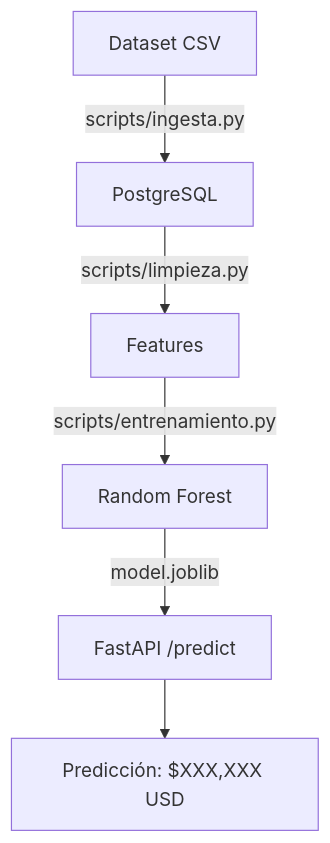
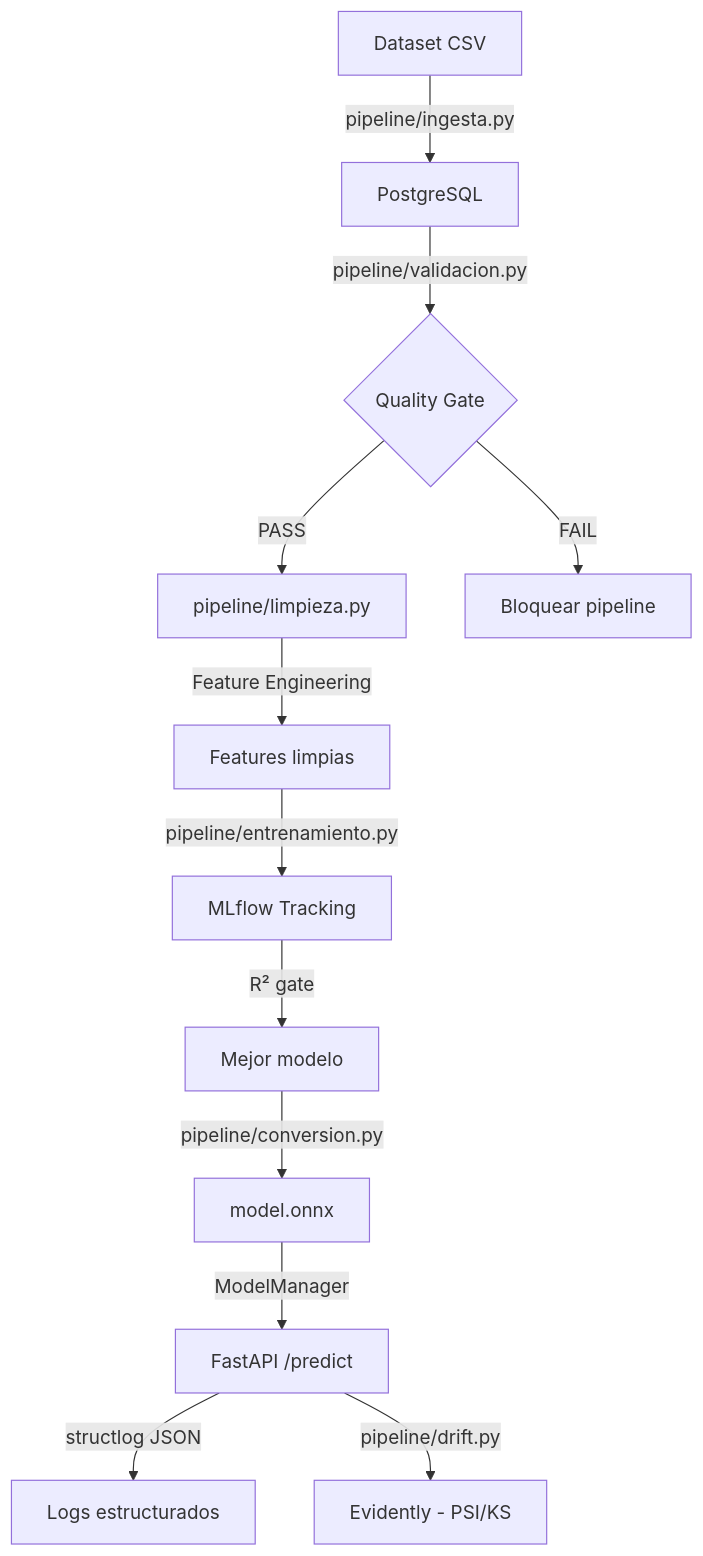
The diagram in README.md (risaavedraf/Entorno-para-soluciones-de-datos-e-IA), drawn with Mermaid before and after one commit. The commit also changed other lines of this file and 8 other files, not shown here.

````diff
--- a/README.md
+++ b/README.md
@@ -19,8 +33,14 @@
 ```mermaid
 graph TD
-    A[Dataset CSV] -->|scripts/ingesta.py| B[PostgreSQL]
-    B -->|scripts/limpieza.py| C[Features]
-    C -->|scripts/entrenamiento.py| D[Random Forest]
-    D -->|model.joblib| E[FastAPI /predict]
-    E --> F[Predicción: $XXX,XXX USD]
+    A[Dataset CSV] -->|pipeline/ingesta.py| B[PostgreSQL]
+    B -->|pipeline/validacion.py| C{Quality Gate}
+    C -->|PASS| D[pipeline/limpieza.py]
+    C -->|FAIL| X[Bloquear pipeline]
+    D -->|Feature Engineering| E[Features limpias]
+    E -->|pipeline/entrenamiento.py| F[MLflow Tracking]
+    F -->|R² gate| G[Mejor modelo]
+    G -->|pipeline/conversion.py| H[model.onnx]
+    H -->|ModelManager| I[FastAPI /predict]
+    I -->|structlog JSON| J[Logs estructurados]
+    I -->|pipeline/drift.py| K[Evidently - PSI/KS]
 ```
````
